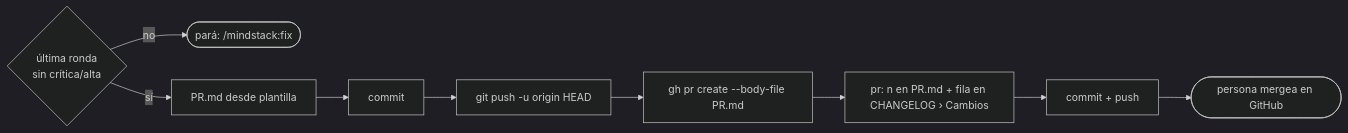
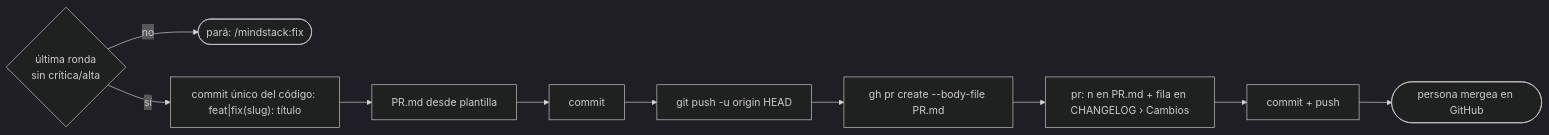
The diagram in skills/workflow/references/pr.md (octavio-parozlabs/mindstack), drawn with Mermaid (dark theme) before and after one commit. The commit also changed other lines of this file and 40 other files, not shown here.

````diff
--- a/skills/workflow/references/pr.md
+++ b/skills/workflow/references/pr.md
@@ -5,11 +5,12 @@
 ```mermaid
 flowchart LR
     V{última ronda\nsin crítica/alta} -- no --> STOP([pará: /mindstack:fix])
-    V -- sí --> B[PR.md desde plantilla]
+    V -- sí --> CC["commit único del código: feat|fix(slug): título"]
+    CC --> B[PR.md desde plantilla]
     B --> C[commit]
     C --> P[git push -u origin HEAD]
     P --> G[gh pr create --body-file PR.md]
     G --> N["pr: n en PR.md + fila en CHANGELOG › Cambios"]
     N --> K[commit + push]
     K --> M([persona mergea en GitHub])
 ```
````
